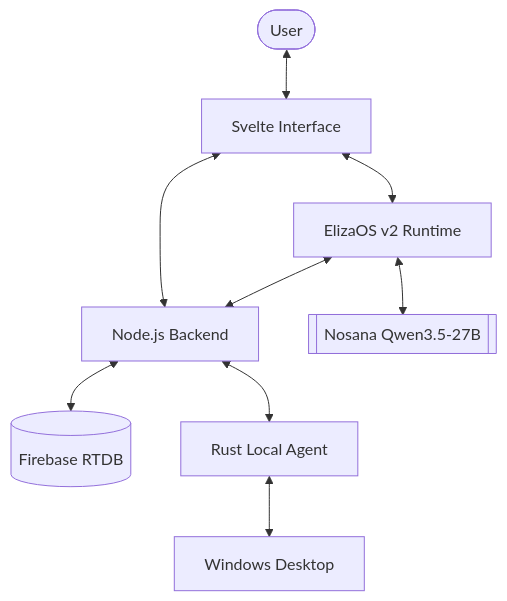
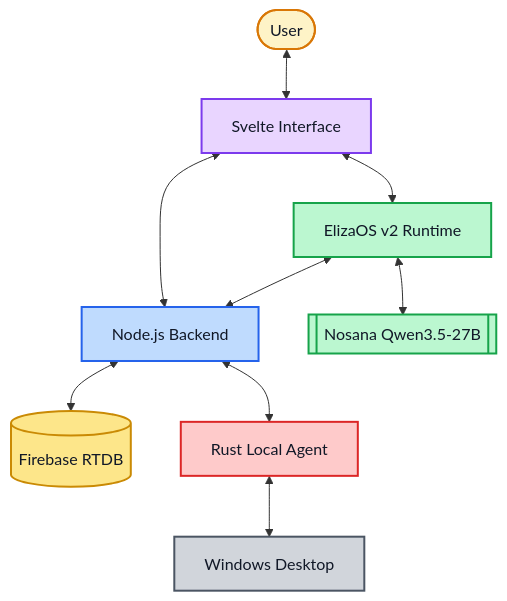
Before and after one commit to tobiawolaju/Noogler: the first of 2 diagrams in README.md, drawn with Mermaid.

Commit message:
Add color styling to README architecture diagram

````diff
--- a/README.md
+++ b/README.md
@@ -51,11 +51,27 @@
 ```mermaid
 flowchart TD
     User([User]) <--> Frontend[Svelte Interface]
     Frontend <--> Backend[Node.js Backend]
     Backend <--> Firebase[(Firebase RTDB)]
     Frontend <--> Eliza[ElizaOS v2 Runtime]
     Eliza <--> Nosana[[Nosana Qwen3.5-27B]]
     Eliza <--> Backend
     Backend <--> RustAgent[Rust Local Agent]
     RustAgent <--> Desktop[Windows Desktop]
+
+    classDef user fill:#fef3c7,stroke:#d97706,stroke-width:2px,color:#111827;
+    classDef ui fill:#e9d5ff,stroke:#7c3aed,stroke-width:2px,color:#111827;
+    classDef backend fill:#bfdbfe,stroke:#2563eb,stroke-width:2px,color:#111827;
+    classDef ai fill:#bbf7d0,stroke:#16a34a,stroke-width:2px,color:#111827;
+    classDef db fill:#fde68a,stroke:#ca8a04,stroke-width:2px,color:#111827;
+    classDef agent fill:#fecaca,stroke:#dc2626,stroke-width:2px,color:#111827;
+    classDef desktop fill:#d1d5db,stroke:#4b5563,stroke-width:2px,color:#111827;
+
+    class User user;
+    class Frontend ui;
+    class Backend backend;
+    class Eliza,Nosana ai;
+    class Firebase db;
+    class RustAgent agent;
+    class Desktop desktop;
 ```
````
